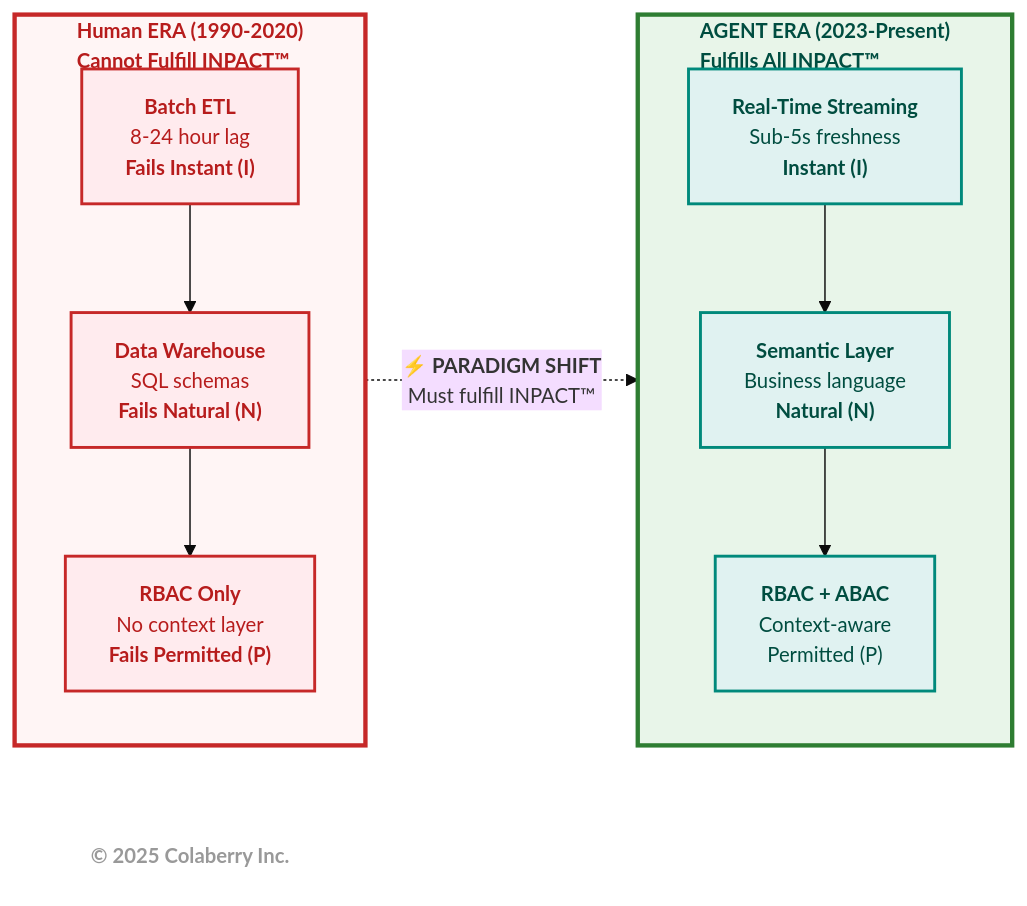
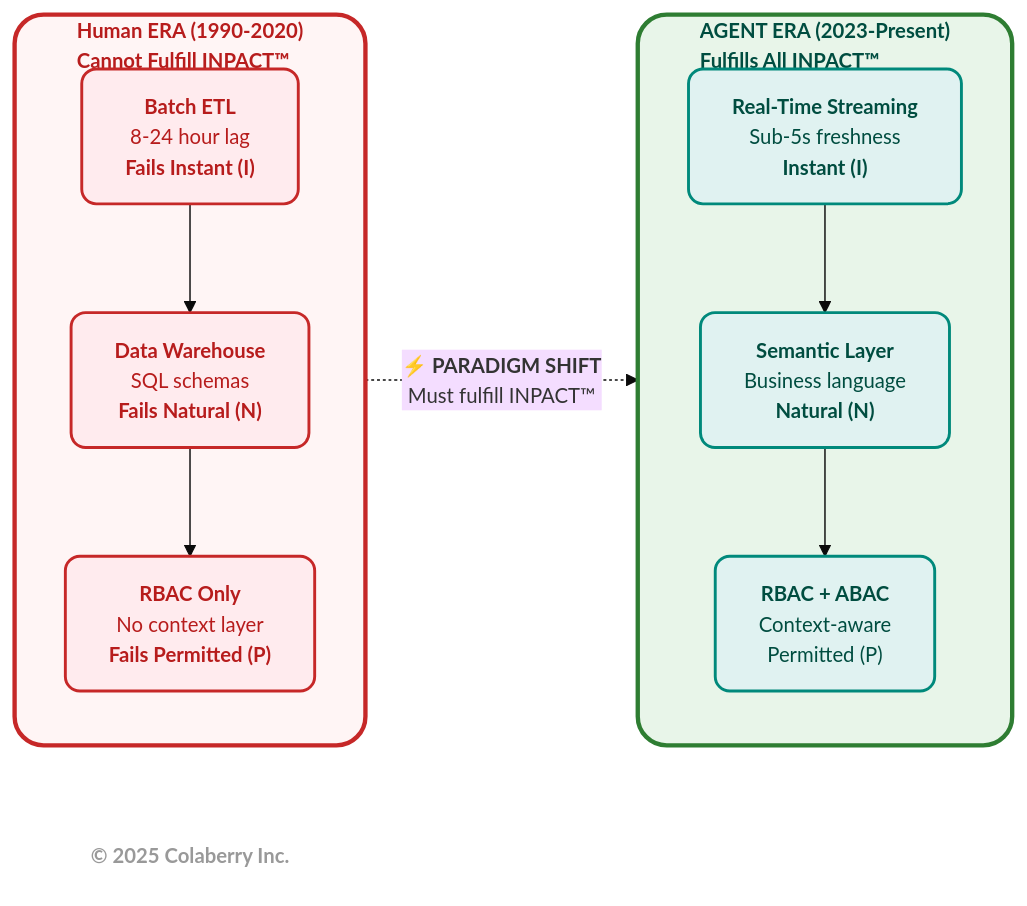
The fifth of 6 diagrams in manuscript/02_chapter_1_why_agents_fail.md (saitejesh-cyber/trust-before-intelligence-book), drawn with Mermaid before and after one commit. The commit also changed other lines of this file, not shown here.

````diff
--- a/manuscript/02_chapter_1_why_agents_fail.md
+++ b/manuscript/02_chapter_1_why_agents_fail.md
@@ -554,43 +554,43 @@
 ```mermaid
 %%{init: {'theme':'base', 'themeVariables': {'fontSize':'14px'}}}%%
 
 graph LR
     %% BI ERA (1990-2020) - Red Subgraph
     subgraph BI["<b>Human ERA (1990-2020) <br/> Cannot Fulfill INPACT™</b><br/>"]
         direction TB
         ETL["<b>Batch ETL</b><br/>8-24 hour lag<br/><b> Fails Instant (I)</b>"]
         DW["<b>Data Warehouse</b><br/>SQL schemas<br/><b> Fails Natural (N)</b>"]
         RBAC["<b>RBAC Only</b><br/>No context layer<br/><b> Fails Permitted (P)</b>"]
         
         ETL --> DW --> RBAC
     end
     
     %% PARADIGM SHIFT - Bold Arrow
     BI -.->|"<b>⚡ PARADIGM SHIFT</b><br/>Must fulfill INPACT™"| AGENT
     
     %% AGENT ERA (2023-) - Green Subgraph
     subgraph AGENT["<b>AGENT ERA (2023-Present) <br/> Fulfills All INPACT™</b><br/>"]
         direction TB
         STREAM["<b>Real-Time Streaming</b><br/>Sub-5s freshness<br/><b> Instant (I)</b>"]
         SEMANTIC["<b>Semantic Layer</b><br/>Business language<br/><b> Natural (N)</b>"]
         ABAC["<b>RBAC + ABAC</b><br/>Context-aware<br/> Permitted (P)"]
         
         STREAM --> SEMANTIC --> ABAC
     end
     
     %% Styling - CORRECTED COLORS FROM APPROVED PALETTE
-    style BI fill:#fff5f5,stroke:#c62828,stroke-width:3px,color:#b71c1c
-    style AGENT fill:#e8f5e9,stroke:#2e7d32,stroke-width:3px,color:#004d40
+    style BI fill:#fff5f5,stroke:#c62828,stroke-width:3px,color:#b71c1c,rx:2O,ry:20
+    style AGENT fill:#e8f5e9,stroke:#2e7d32,stroke-width:3px,color:#004d40,rx:2O,ry:20
     
-    style ETL fill:#ffebee,stroke:#c62828,stroke-width:2px,color:#b71c1c
-    style DW fill:#ffebee,stroke:#c62828,stroke-width:2px,color:#b71c1c
-    style RBAC fill:#ffebee,stroke:#c62828,stroke-width:2px,color:#b71c1c
+    style ETL fill:#ffebee,stroke:#c62828,stroke-width:2px,color:#b71c1c,rx:1O,ry:10
+    style DW fill:#ffebee,stroke:#c62828,stroke-width:2px,color:#b71c1c,rx:1O,ry:10
+    style RBAC fill:#ffebee,stroke:#c62828,stroke-width:2px,color:#b71c1c,rx:1O,ry:10
     
-    style STREAM fill:#e0f2f1,stroke:#00897b,stroke-width:2px,color:#004d40
-    style SEMANTIC fill:#e0f2f1,stroke:#00897b,stroke-width:2px,color:#004d40
-    style ABAC fill:#e0f2f1,stroke:#00897b,stroke-width:2px,color:#004d40
+    style STREAM fill:#e0f2f1,stroke:#00897b,stroke-width:2px,color:#004d40,rx:1O,ry:10
+    style SEMANTIC fill:#e0f2f1,stroke:#00897b,stroke-width:2px,color:#004d40,rx:1O,ry:10
+    style ABAC fill:#e0f2f1,stroke:#00897b,stroke-width:2px,color:#004d40,rx:1O,ry:10
     
     %% Copyright (MANDATORY)
     CR["<b>© 2025 Colaberry Inc.</b>"]
     style CR fill:none,stroke:none,color:#999999
 ```
````
